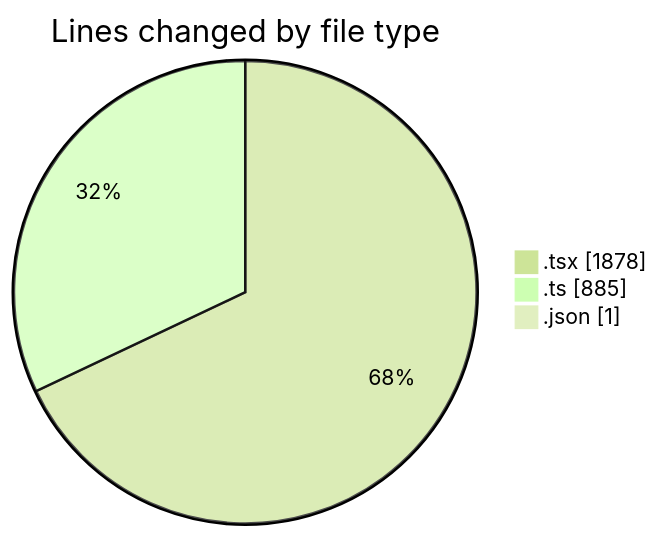
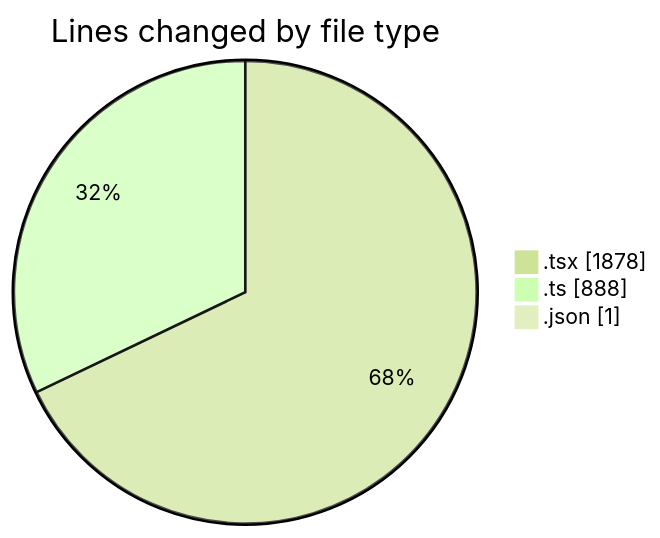
One commit to julien-gomy/code-tracking changed the first of 2 diagrams in 2025-10-08/eventscop-frontend-guide__workspace_/README.md. Above: the diagram before and after it, drawn with Mermaid (forest theme). The commit also changed other lines of this file and 1 other file, not shown here.

````diff
--- a/2025-10-08/eventscop-frontend-guide__workspace_/README.md
+++ b/2025-10-08/eventscop-frontend-guide__workspace_/README.md
@@ -32,7 +32,7 @@
 ```mermaid
 pie showData
 title Lines changed by file type
 ".tsx" : 1878
-".ts" : 885
+".ts" : 888
 ".json" : 1
 ```
````
